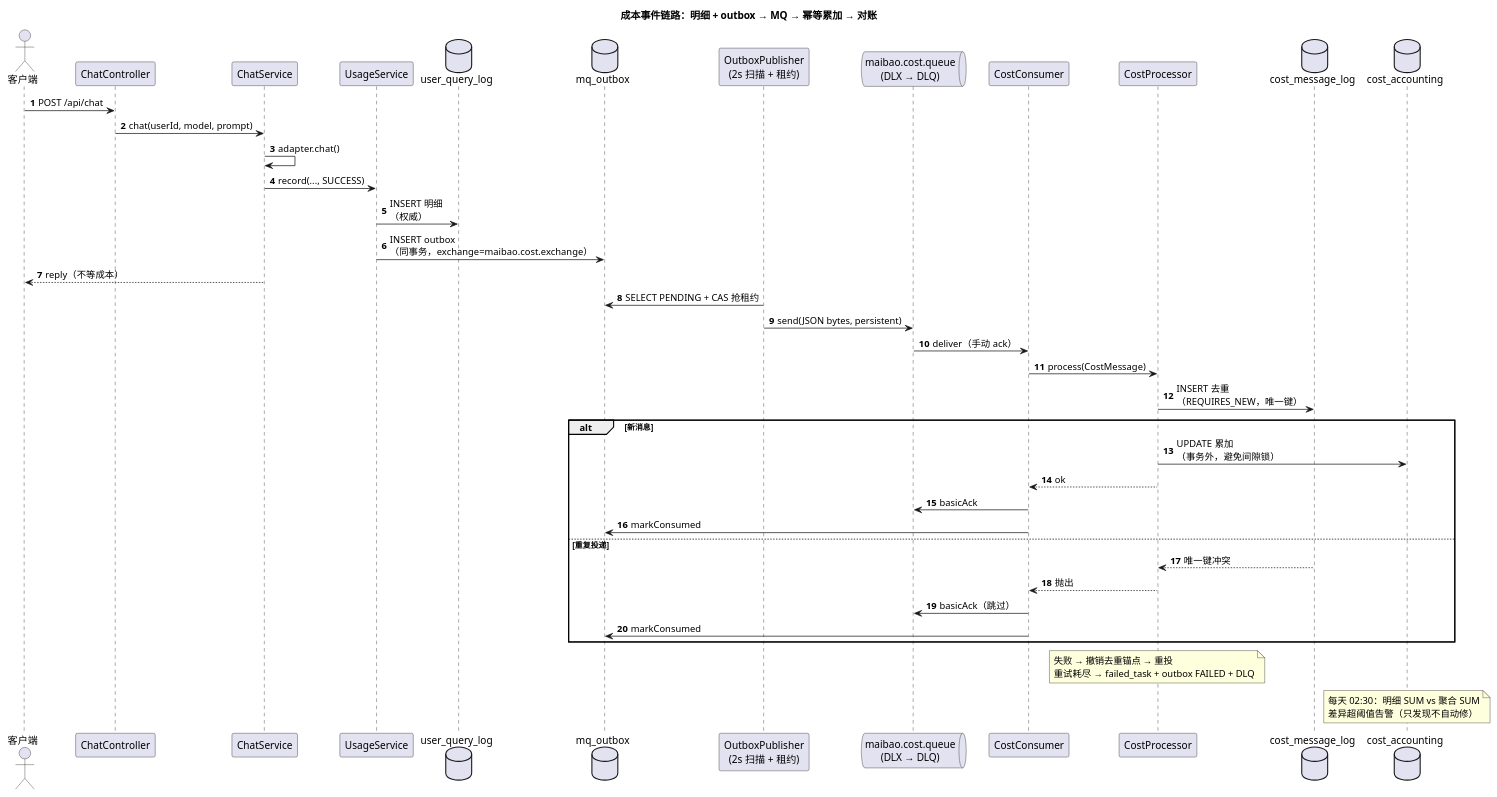
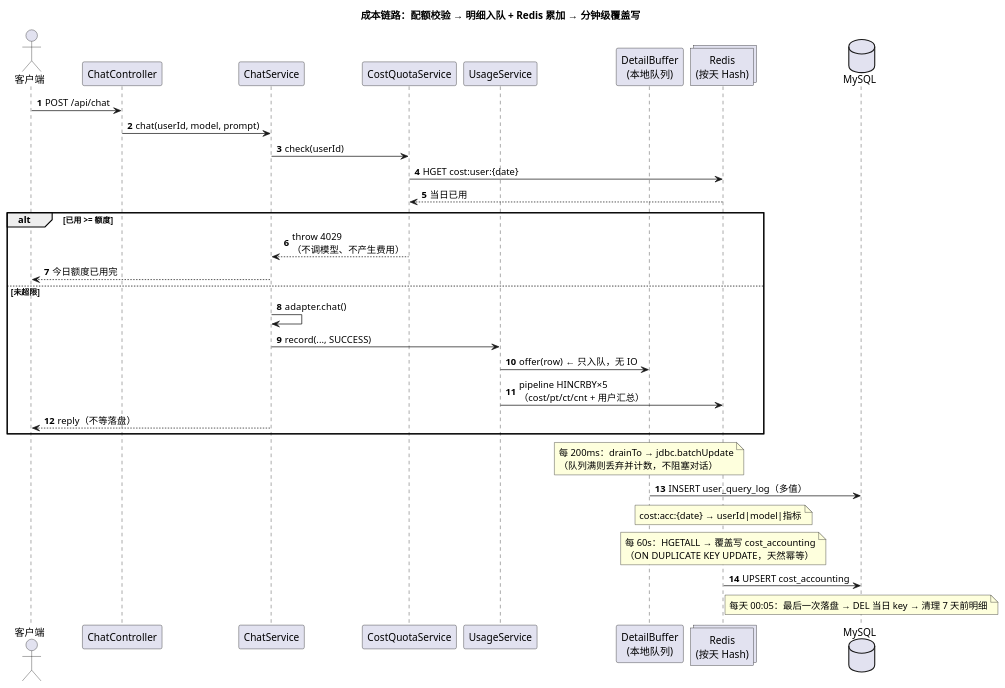
Before and after one commit to qkainan/maibao-technology-application: the diagram in docs/diagrams/cost-sequence.puml, drawn with PlantUML. The commit also changed 7 other files, not shown here.

Commit message:
docs: 同步成本链路到 Redis 方案（README/01/02/03/04 + 时序图 + schema）

```diff
--- a/docs/diagrams/cost-sequence.puml
+++ b/docs/diagrams/cost-sequence.puml
@@ -1,50 +1,40 @@
 @startuml cost-sequence
-title 成本事件链路：明细 + outbox → MQ → 幂等累加 → 对账
+title 成本链路：配额校验 → 明细入队 + Redis 累加 → 分钟级覆盖写
 skinparam defaultFontName "Microsoft YaHei"
 skinparam shadowing false
 skinparam sequenceMessageAlign left
 skinparam responseMessageBelowArrow true
 autonumber
 
 actor 客户端
 participant "ChatController" as CC
 participant "ChatService" as CS
+participant "CostQuotaService" as Q
 participant "UsageService" as US
-database "user_query_log" as LOG
-database "mq_outbox" as OB
-participant "OutboxPublisher\n(2s 扫描 + 租约)" as OP
-queue "maibao.cost.queue\n(DLX → DLQ)" as MQ
-participant "CostConsumer" as CON
-participant "CostProcessor" as CP
-database "cost_message_log" as DEDUP
-database "cost_accounting" as ACC
+participant "DetailBuffer\n(本地队列)" as DB
+collections "Redis\n(按天 Hash)" as R
+database "MySQL" as SQL
 
 客户端 -> CC : POST /api/chat
 CC -> CS : chat(userId, model, prompt)
-CS -> CS : adapter.chat()
-CS -> US : record(..., SUCCESS)
-US -> LOG : INSERT 明细\n（权威）
-US -> OB : INSERT outbox\n（同事务，exchange=maibao.cost.exchange）
-CS --> 客户端 : reply（不等成本）
-
-OP -> OB : SELECT PENDING + CAS 抢租约
-OP -> MQ : send(JSON bytes, persistent)
-MQ -> CON : deliver（手动 ack）
-
-CON -> CP : process(CostMessage)
-CP -> DEDUP : INSERT 去重\n（REQUIRES_NEW，唯一键）
-alt 新消息
-  CP -> ACC : UPDATE 累加\n（事务外，避免间隙锁）
-  CP --> CON : ok
-  CON -> MQ : basicAck
-  CON -> OB : markConsumed
-else 重复投递
-  DEDUP --> CP : 唯一键冲突
-  CP --> CON : 抛出
-  CON -> MQ : basicAck（跳过）
-  CON -> OB : markConsumed
+CS -> Q : check(userId)
+Q -> R : HGET cost:user:{date}
+R --> Q : 当日已用
+alt 已用 >= 额度
+  Q --> CS : throw 4029\n（不调模型、不产生费用）
+  CS --> 客户端 : 今日额度已用完
+else 未超限
+  CS -> CS : adapter.chat()
+  CS -> US : record(..., SUCCESS)
+  US -> DB : offer(row)  ← 只入队，无 IO
+  US -> R : pipeline HINCRBY×5\n（cost/pt/ct/cnt + 用户汇总）
+  CS --> 客户端 : reply（不等落盘）
 end
 
-note over CP : 失败 → 撤销去重锚点 → 重投\n重试耗尽 → failed_task + outbox FAILED + DLQ
-note over ACC : 每天 02:30：明细 SUM vs 聚合 SUM\n差异超阈值告警（只发现不自动修）
+note over DB : 每 200ms：drainTo → jdbc.batchUpdate\n（队列满则丢弃并计数，不阻塞对话）
+DB -> SQL : INSERT user_query_log（多值）
+note over R : cost:acc:{date} → userId|model|指标
+note over R : 每 60s：HGETALL → 覆盖写 cost_accounting\n（ON DUPLICATE KEY UPDATE，天然幂等）
+R -> SQL : UPSERT cost_accounting
+note over SQL : 每天 00:05：最后一次落盘 → DEL 当日 key → 清理 7 天前明细
 @enduml
```
